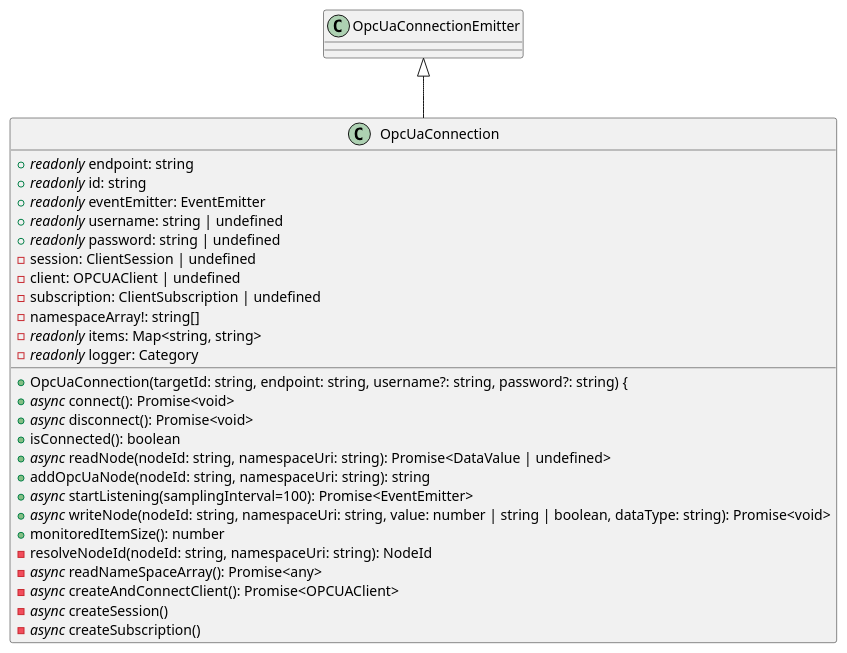
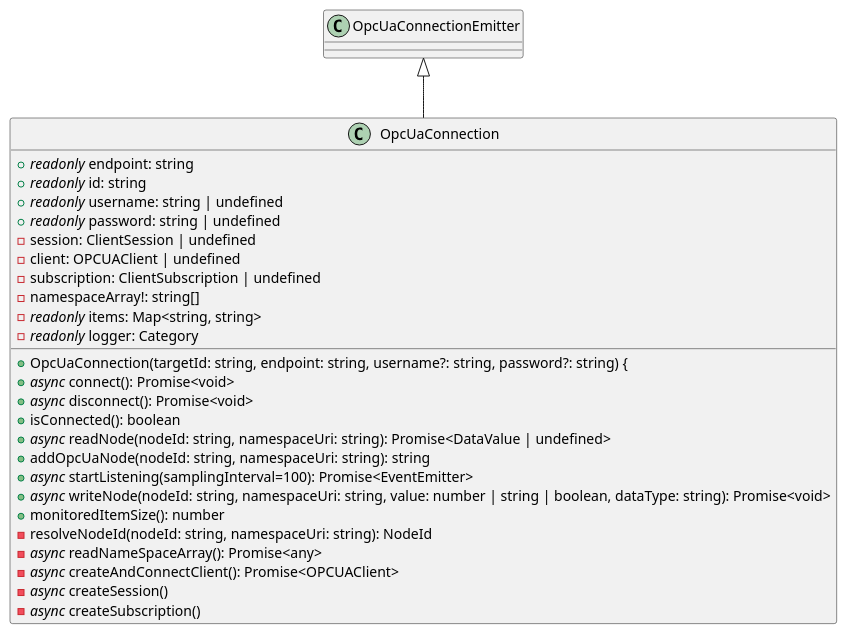
Before and after one commit to p2o-lab/polaris-backend: the diagram in src/modularPlantManager/pea/connection/OpcUaConnection.puml, drawn with PlantUML. The commit also changed 53 other files, not shown here.

```diff
--- a/src/modularPlantManager/pea/connection/OpcUaConnection.puml
+++ b/src/modularPlantManager/pea/connection/OpcUaConnection.puml
@@ -26,34 +26,33 @@
 @startuml
 'https://plantuml.com/class-diagram
 
 class OpcUaConnection{
 	+ //readonly// endpoint: string
 	+ //readonly// id: string
-	+ //readonly// eventEmitter: EventEmitter
 	+ //readonly// username: string | undefined
     + //readonly// password: string | undefined
 	- session: ClientSession | undefined
 	- client: OPCUAClient | undefined
 	- subscription: ClientSubscription | undefined
 	- namespaceArray!: string[]
 	- //readonly// items: Map<string, string>
 	- //readonly// logger: Category
 
 	+ OpcUaConnection(targetId: string, endpoint: string, username?: string, password?: string) {
 	+ //async// connect(): Promise<void>
     + //async// disconnect(): Promise<void>
     + isConnected(): boolean
     + //async// readNode(nodeId: string, namespaceUri: string): Promise<DataValue | undefined>
     + addOpcUaNode(nodeId: string, namespaceUri: string): string
     + //async// startListening(samplingInterval=100): Promise<EventEmitter>
     + //async// writeNode(nodeId: string, namespaceUri: string, value: number | string | boolean, dataType: string): Promise<void>
     + monitoredItemSize(): number
     - resolveNodeId(nodeId: string, namespaceUri: string): NodeId
     - //async// readNameSpaceArray(): Promise<any>
     - //async// createAndConnectClient(): Promise<OPCUAClient>
     - //async// createSession()
     - //async// createSubscription()
 }
 OpcUaConnectionEmitter <|-- OpcUaConnection
 
 @enduml
```
